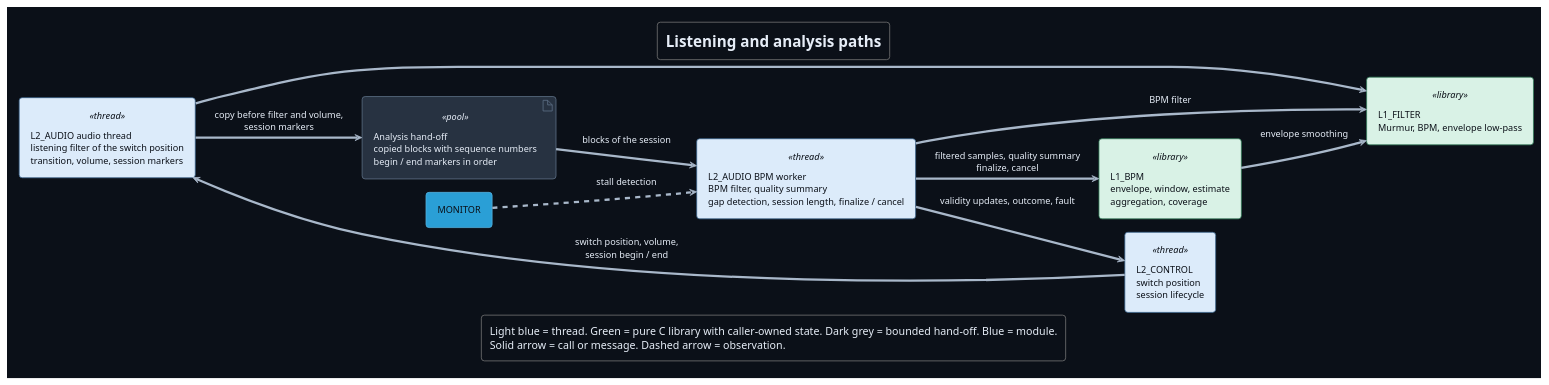
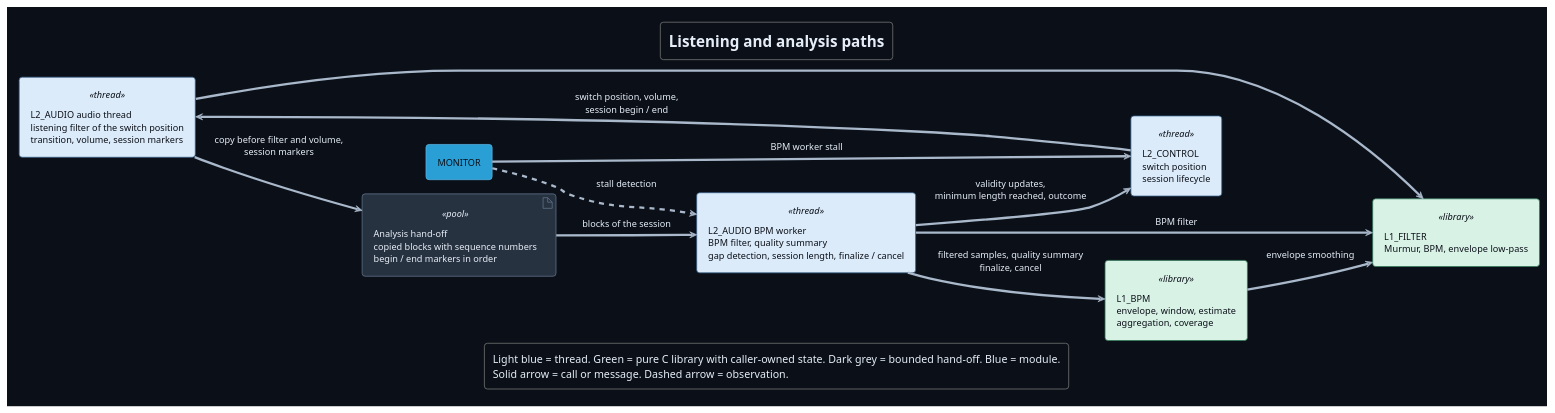
The diagram in Development/system/architecture/AUDIO/puml/signal-paths.puml (DemonicPsychoII/DigitalStethoscope), drawn with PlantUML before and after one commit. The commit also changed 10 other files, not shown here.

First line of the commit message:
documentation: clear every BPM stage per session, end Busy on a worker stall and show the minimum length from the worker

```diff
--- a/Development/system/architecture/AUDIO/puml/signal-paths.puml
+++ b/Development/system/architecture/AUDIO/puml/signal-paths.puml
@@ -1,46 +1,47 @@
 @startuml signal_paths
 !theme cyborg
 !pragma layout smetana
 skinparam shadowing false
 skinparam componentStyle rectangle
 skinparam defaultFontName SansSerif
 skinparam backgroundColor #0b1018
 skinparam defaultFontColor #e6edf7
 skinparam ArrowColor #a9b8ca
 skinparam component {
  FontColor #0b1018
  BackgroundColor<<thread>> #DCEBFA
  BorderColor<<thread>> #345E87
  FontColor<<thread>> #0b1018
  BackgroundColor<<library>> #D9F2E6
  BorderColor<<library>> #2F7A57
  FontColor<<library>> #0b1018
 }
 skinparam artifact {
  BackgroundColor<<pool>> #273241
  BorderColor<<pool>> #61738a
  FontColor<<pool>> #e6edf7
 }
 title Listening and analysis paths
 left to right direction
 component "L2_AUDIO audio thread\nlistening filter of the switch position\ntransition, volume, session markers" as audio <<thread>>
 artifact "Analysis hand-off\ncopied blocks with sequence numbers\nbegin / end markers in order" as handoff <<pool>>
 component "L2_AUDIO BPM worker\nBPM filter, quality summary\ngap detection, session length, finalize / cancel" as worker <<thread>>
 component "L1_FILTER\nMurmur, BPM, envelope low-pass" as filter <<library>>
 component "L1_BPM\nenvelope, window, estimate\naggregation, coverage" as bpm <<library>>
 component "L2_CONTROL\nswitch position\nsession lifecycle" as control <<thread>>
 component "MONITOR" as monitor
 audio --> handoff : copy before filter and volume,\nsession markers
 handoff --> worker : blocks of the session
 audio --> filter
 worker --> filter : BPM filter
 worker --> bpm : filtered samples, quality summary\nfinalize, cancel
 bpm --> filter : envelope smoothing
 control --> audio : switch position, volume,\nsession begin / end
-worker --> control : validity updates, outcome, fault
+worker --> control : validity updates,\nminimum length reached, outcome
+monitor --> control : BPM worker stall
 monitor ..> worker : stall detection
 legend bottom
   Light blue = thread. Green = pure C library with caller-owned state. Dark grey = bounded hand-off. Blue = module.
   Solid arrow = call or message. Dashed arrow = observation.
 endlegend
 @enduml
```
